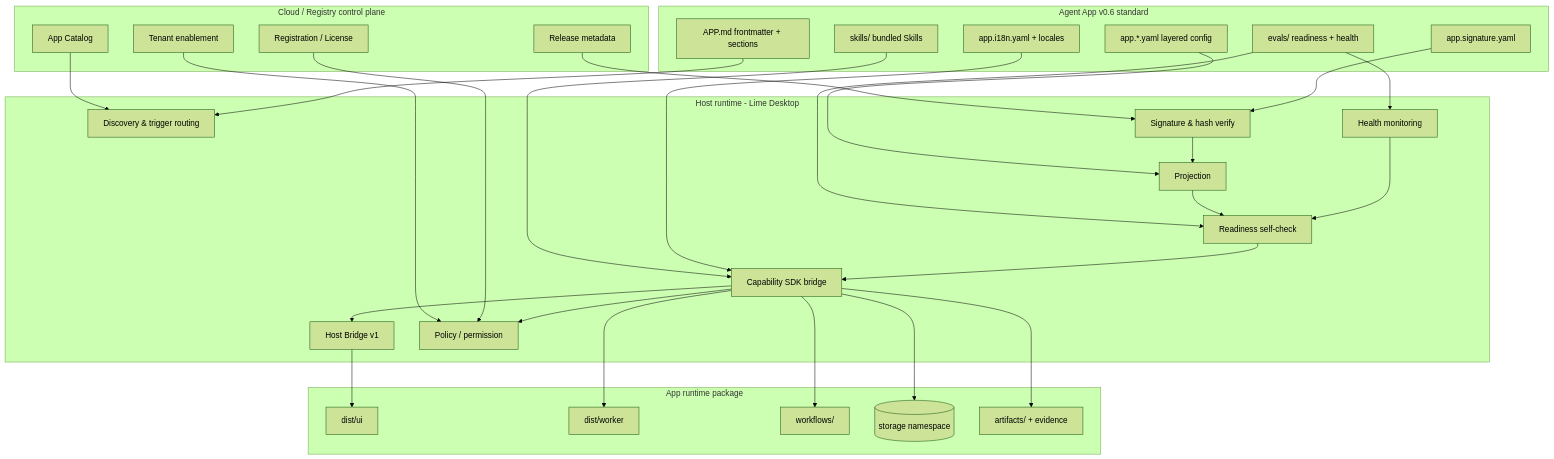
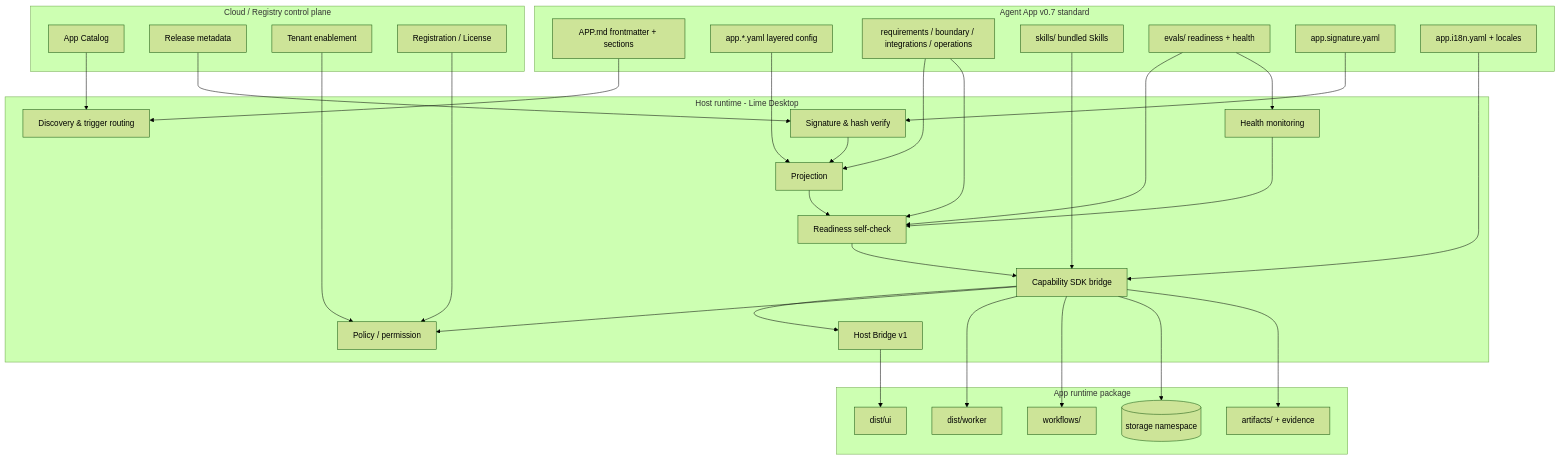
Before and after one commit to limecloud/agentapp: the first of 11 diagrams in docs/en/architecture.md, drawn with Mermaid (forest theme). The commit also changed other lines of this file and 63 other files, not shown here.

````diff
--- a/docs/en/architecture.md
+++ b/docs/en/architecture.md
@@ -14,62 +14,65 @@
 ```mermaid
 flowchart TD
   subgraph Cloud[Cloud / Registry control plane]
     Catalog[App Catalog]
     Release[Release metadata]
     Tenant[Tenant enablement]
     Reg[Registration / License]
   end
 
-  subgraph Standard[Agent App v0.6 standard]
+  subgraph Standard[Agent App v0.7 standard]
     APPMD[APP.md frontmatter + sections]
     LAYERED[app.*.yaml layered config]
+    BOUNDARY[requirements / boundary / integrations / operations]
     SKILLS[skills/ bundled Skills]
     EVALS[evals/ readiness + health]
     SIG[app.signature.yaml]
     I18N[app.i18n.yaml + locales]
   end
 
   subgraph Host[Host runtime - Lime Desktop]
     Discover[Discovery & trigger routing]
     Verify[Signature & hash verify]
     Project[Projection]
     Readiness[Readiness self-check]
     SDK[Capability SDK bridge]
     Bridge[Host Bridge v1]
     Policy[Policy / permission]
     Health[Health monitoring]
   end
 
   subgraph Runtime[App runtime package]
     UI[dist/ui]
     Worker[dist/worker]
     Workflow[workflows/]
     Storage[(storage namespace)]
     Artifacts[artifacts/ + evidence]
   end
 
   Catalog --> Discover
   Release --> Verify
   Tenant --> Policy
   Reg --> Policy
 
   APPMD --> Discover
   LAYERED --> Project
+  BOUNDARY --> Project
+  BOUNDARY --> Readiness
   SKILLS --> SDK
   EVALS --> Readiness
   EVALS --> Health
   SIG --> Verify
   I18N --> SDK
 
   Verify --> Project
   Project --> Readiness
   Readiness --> SDK
   SDK --> Bridge
   SDK --> Policy
   Bridge --> UI
   SDK --> Worker
   SDK --> Workflow
   SDK --> Storage
   SDK --> Artifacts
   Health --> Readiness
 ```
````
